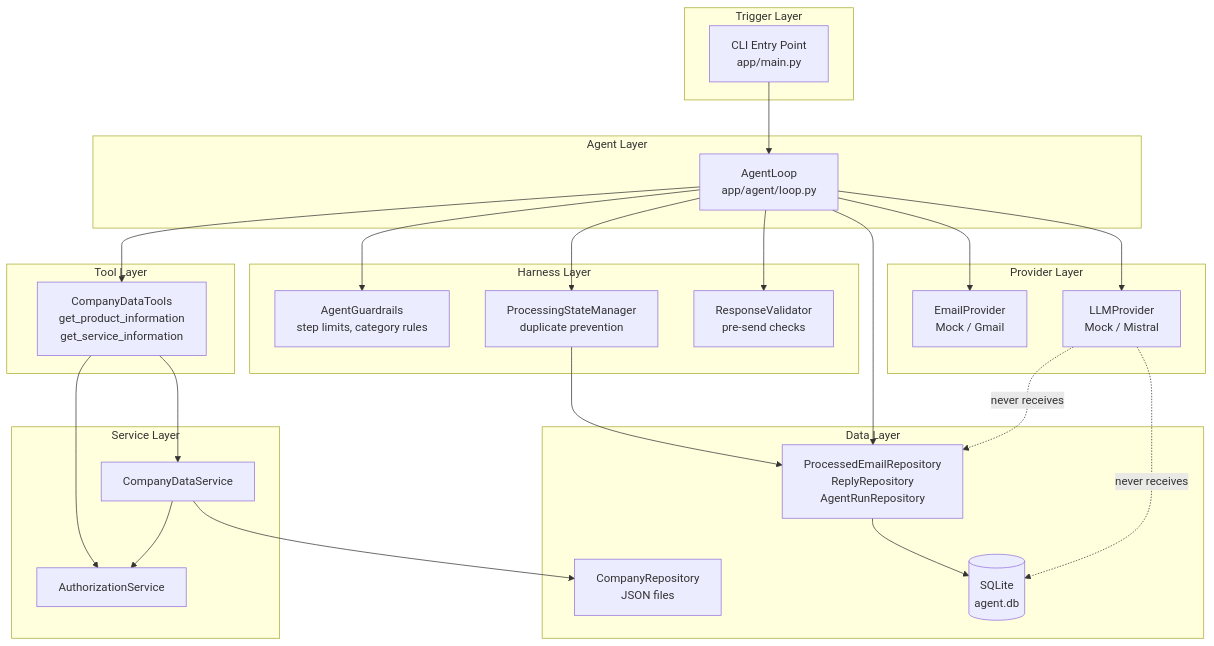
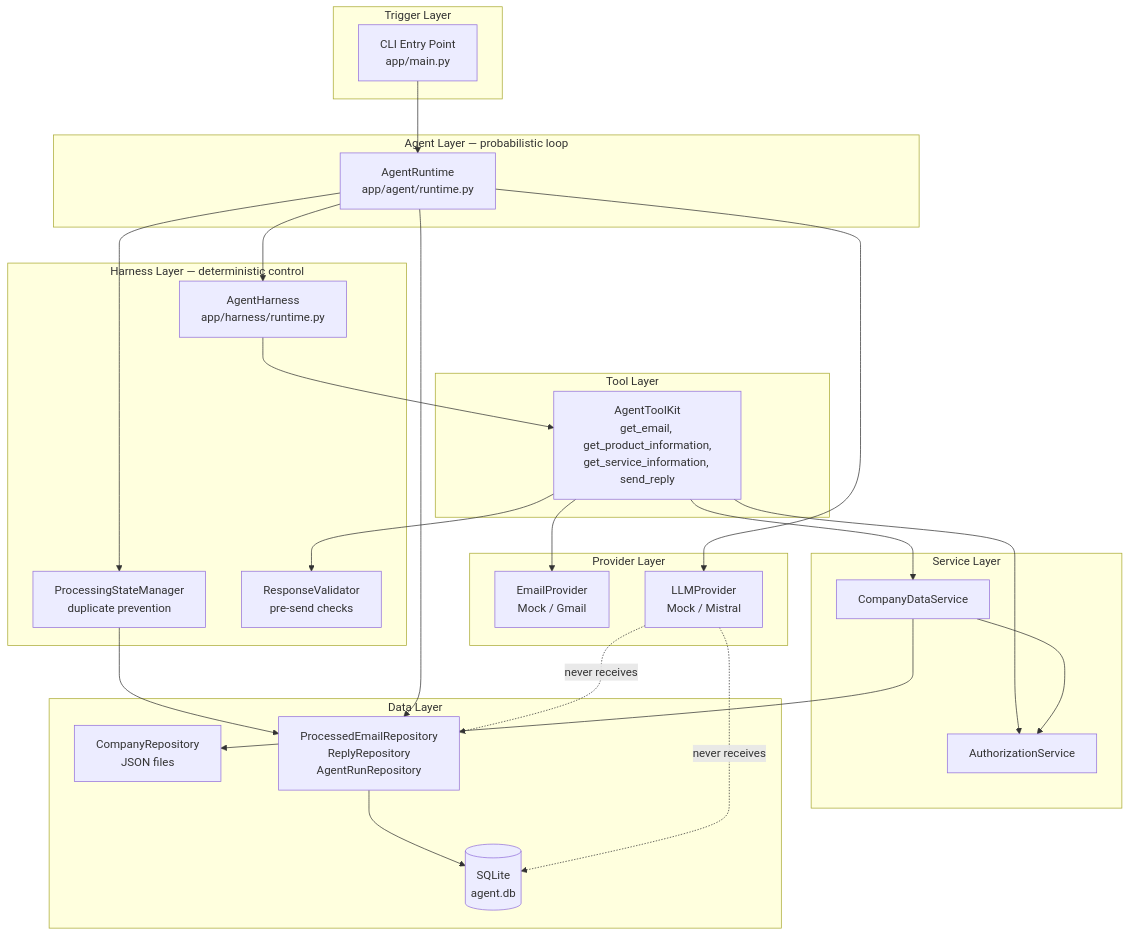
The first of 9 diagrams in README.md (Nisarg9072-god/Email-Agent), drawn with Mermaid before and after one commit. The commit also changed other lines of this file and 26 other files, not shown here.

First line of the commit message:
Implement genuine agentic loop with AgentRuntime and AgentHarness.

````diff
--- a/README.md
+++ b/README.md
@@ -146,53 +146,53 @@
 ```mermaid
 flowchart TB
     subgraph trigger [Trigger Layer]
         CLI["CLI Entry Point<br/>app/main.py"]
     end
 
-    subgraph harness [Harness Layer]
-        Guardrails["AgentGuardrails<br/>step limits, category rules"]
+    subgraph harness [Harness Layer — deterministic control]
+        AgentHarness["AgentHarness<br/>app/harness/runtime.py"]
         StateMgr["ProcessingStateManager<br/>duplicate prevention"]
         Validator["ResponseValidator<br/>pre-send checks"]
     end
 
-    subgraph agent [Agent Layer]
-        AgentLoop["AgentLoop<br/>app/agent/loop.py"]
+    subgraph agent [Agent Layer — probabilistic loop]
+        AgentRuntime["AgentRuntime<br/>app/agent/runtime.py"]
     end
 
     subgraph providers [Provider Layer]
         EmailProv["EmailProvider<br/>Mock / Gmail"]
         LLMProv["LLMProvider<br/>Mock / Mistral"]
     end
 
     subgraph tools [Tool Layer]
-        CompanyTools["CompanyDataTools<br/>get_product_information<br/>get_service_information"]
+        AgentToolkit["AgentToolKit<br/>get_email, get_product_information,<br/>get_service_information, send_reply"]
     end
 
     subgraph services [Service Layer]
         AuthSvc["AuthorizationService"]
         CompanySvc["CompanyDataService"]
     end
 
     subgraph data [Data Layer]
         CompanyRepo["CompanyRepository<br/>JSON files"]
         DBRepos["ProcessedEmailRepository<br/>ReplyRepository<br/>AgentRunRepository"]
         SQLite[("SQLite<br/>agent.db")]
     end
 
-    CLI --> AgentLoop
-    AgentLoop --> Guardrails
-    AgentLoop --> StateMgr
-    AgentLoop --> Validator
-    AgentLoop --> EmailProv
-    AgentLoop --> LLMProv
-    AgentLoop --> CompanyTools
-    CompanyTools --> AuthSvc
-    CompanyTools --> CompanySvc
+    CLI --> AgentRuntime
+    AgentRuntime --> AgentHarness
+    AgentRuntime --> StateMgr
+    AgentRuntime --> LLMProv
+    AgentHarness --> AgentToolkit
+    AgentToolkit --> Validator
+    AgentToolkit --> EmailProv
+    AgentToolkit --> AuthSvc
+    AgentToolkit --> CompanySvc
     CompanySvc --> AuthSvc
     CompanySvc --> CompanyRepo
     StateMgr --> DBRepos
-    AgentLoop --> DBRepos
+    AgentRuntime --> DBRepos
     DBRepos --> SQLite
     LLMProv -.->|"never receives"| SQLite
     LLMProv -.->|"never receives"| DBRepos
 ```
````
